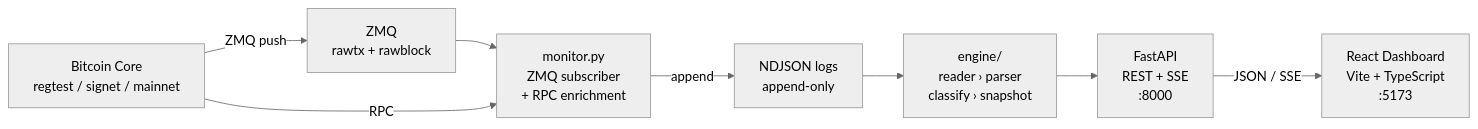
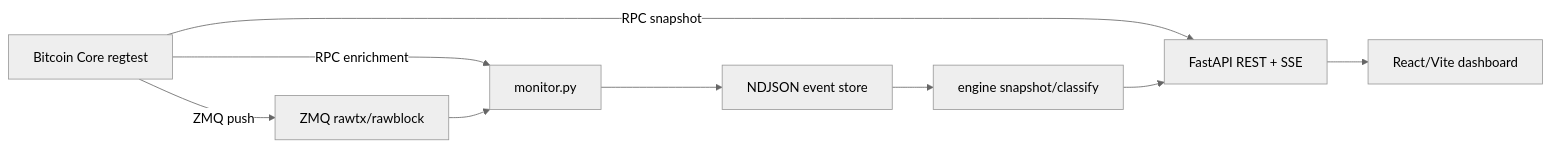
One commit to btcneves/NodeScope changed the diagram in README.md. Above: the diagram before and after it, drawn with Mermaid (neutral theme). The commit also changed other lines of this file and 6 other files, not shown here.

````diff
--- a/README.md
+++ b/README.md
@@ -53,18 +32,19 @@
 ```mermaid
 flowchart LR
-    BC["Bitcoin Core\nregtest / signet / mainnet"]
-    ZMQ["ZMQ\nrawtx + rawblock"]
-    MON["monitor.py\nZMQ subscriber\n+ RPC enrichment"]
-    LOG["NDJSON logs\nappend-only"]
-    ENG["engine/\nreader › parser\nclassify › snapshot"]
-    API["FastAPI\nREST + SSE\n:8000"]
-    FE["React Dashboard\nVite + TypeScript\n:5173"]
+    BC["Bitcoin Core regtest"]
+    ZMQ["ZMQ rawtx/rawblock"]
+    MON["monitor.py"]
+    LOG["NDJSON event store"]
+    ENG["engine snapshot/classify"]
+    API["FastAPI REST + SSE"]
+    FE["React/Vite dashboard"]
 
+    BC -->|RPC snapshot| API
+    BC -->|RPC enrichment| MON
     BC -->|ZMQ push| ZMQ
     ZMQ --> MON
-    MON -->|append| LOG
+    MON --> LOG
     LOG --> ENG
-    BC -->|RPC| MON
     ENG --> API
-    API -->|JSON / SSE| FE
+    API --> FE
 ```
````
